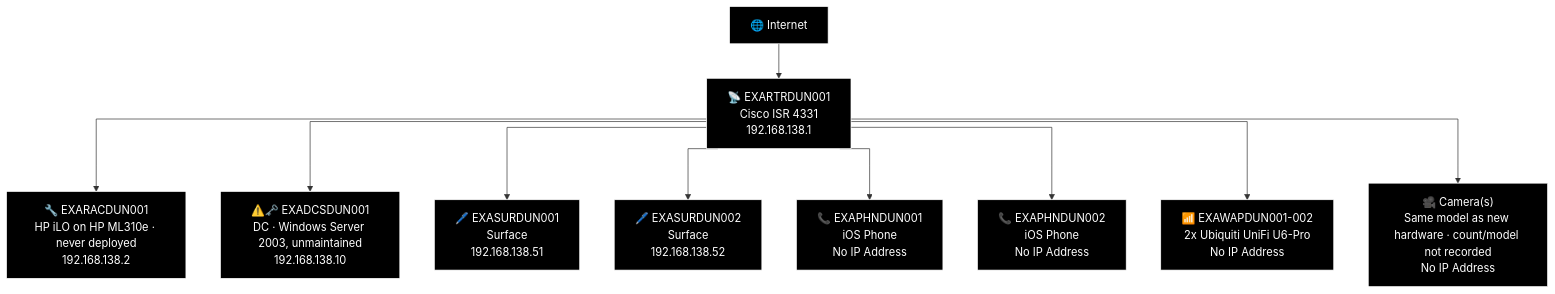
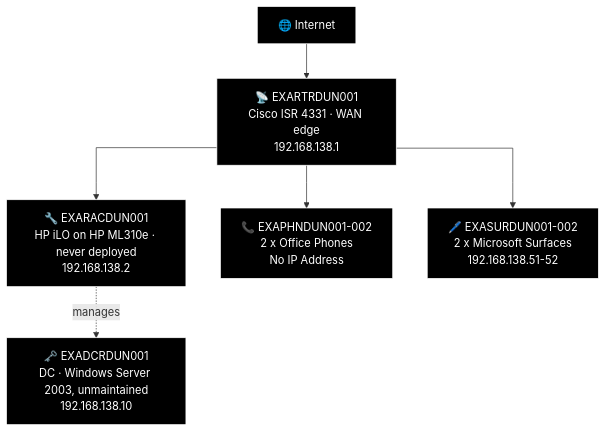
One commit to knightmare2600/example_music_infra changed diagram 13 of 21 in docs/network-diagram/scotland.md. Above: the diagram before and after it, drawn with Mermaid. The commit also changed other lines of this file and 8 other files, not shown here.

````diff
--- a/docs/network-diagram/scotland.md
+++ b/docs/network-diagram/scotland.md
@@ -811,36 +798,24 @@
 ```mermaid
+%% GENERATED:OLDNETWORK:DUN:START
 %%{init: {'flowchart': {'curve': 'stepAfter'}}}%%
 graph TD
     O_INET["🌐 Internet"]
-    O_RTR["📡 EXARTRDUN001<br/>Cisco ISR 4331<br/>192.168.138.1"]
+    O_RTR["📡 EXARTRDUN001<br/>Cisco ISR 4331 · WAN edge<br/>192.168.138.1"]
+    O_DCR["🗝️ EXADCRDUN001<br/>DC · Windows Server 2003, unmaintained<br/>192.168.138.10"]
+    O_RAC["🔧 EXARACDUN001<br/>HP iLO on HP ML310e · never deployed<br/>192.168.138.2"]
+    O_PHN["📞 EXAPHNDUN001-002<br/>2 x Office Phones<br/>No IP Address"]
+    O_SUR["🖊️ EXASURDUN001-002<br/>2 x Microsoft Surfaces<br/>192.168.138.51-52"]
     O_INET --> O_RTR
-
-    O_RAC["🔧 EXARACDUN001<br/>HP iLO on HP ML310e · never deployed<br/>192.168.138.2"]
-    O_DC["⚠️🗝️ EXADCSDUN001<br/>DC · Windows Server 2003, unmaintained<br/>192.168.138.10"]
     O_RTR --> O_RAC
-    O_RTR --> O_DC
-
-    O_SUR1["🖊️ EXASURDUN001<br/>Surface<br/>192.168.138.51"]
-    O_SUR2["🖊️ EXASURDUN002<br/>Surface<br/>192.168.138.52"]
-    O_PHN1["📞 EXAPHNDUN001<br/>iOS Phone<br/>No IP Address"]
-    O_PHN2["📞 EXAPHNDUN002<br/>iOS Phone<br/>No IP Address"]
-    O_WAP["📶 EXAWAPDUN001-002<br/>2x Ubiquiti UniFi U6-Pro<br/>No IP Address"]
-    O_CAM["🎥 Camera(s)<br/>Same model as new hardware · count/model not recorded<br/>No IP Address"]
-    O_RTR --> O_SUR1
-    O_RTR --> O_SUR2
-    O_RTR --> O_PHN1
-    O_RTR --> O_PHN2
-    O_RTR --> O_WAP
-    O_RTR --> O_CAM
+    O_RAC -.->|"manages"| O_DCR
+    O_RTR --> O_PHN
+    O_RTR --> O_SUR
 
     style O_INET fill:#000000,stroke:#FFFFFF,color:#FFFFFF
     style O_RTR fill:#000000,stroke:#FFFFFF,color:#FFFFFF
+    style O_DCR fill:#000000,stroke:#FFFFFF,color:#FFFFFF
     style O_RAC fill:#000000,stroke:#FFFFFF,color:#FFFFFF
-    style O_DC fill:#000000,stroke:#FFFFFF,color:#FFFFFF
-    style O_SUR1 fill:#000000,stroke:#FFFFFF,color:#FFFFFF
-    style O_SUR2 fill:#000000,stroke:#FFFFFF,color:#FFFFFF
-    style O_PHN1 fill:#000000,stroke:#FFFFFF,color:#FFFFFF
-    style O_PHN2 fill:#000000,stroke:#FFFFFF,color:#FFFFFF
-    style O_WAP fill:#000000,stroke:#FFFFFF,color:#FFFFFF
-    style O_CAM fill:#000000,stroke:#FFFFFF,color:#FFFFFF
+    style O_PHN fill:#000000,stroke:#FFFFFF,color:#FFFFFF
+    style O_SUR fill:#000000,stroke:#FFFFFF,color:#FFFFFF
+%% GENERATED:OLDNETWORK:DUN:END
 ```
````
